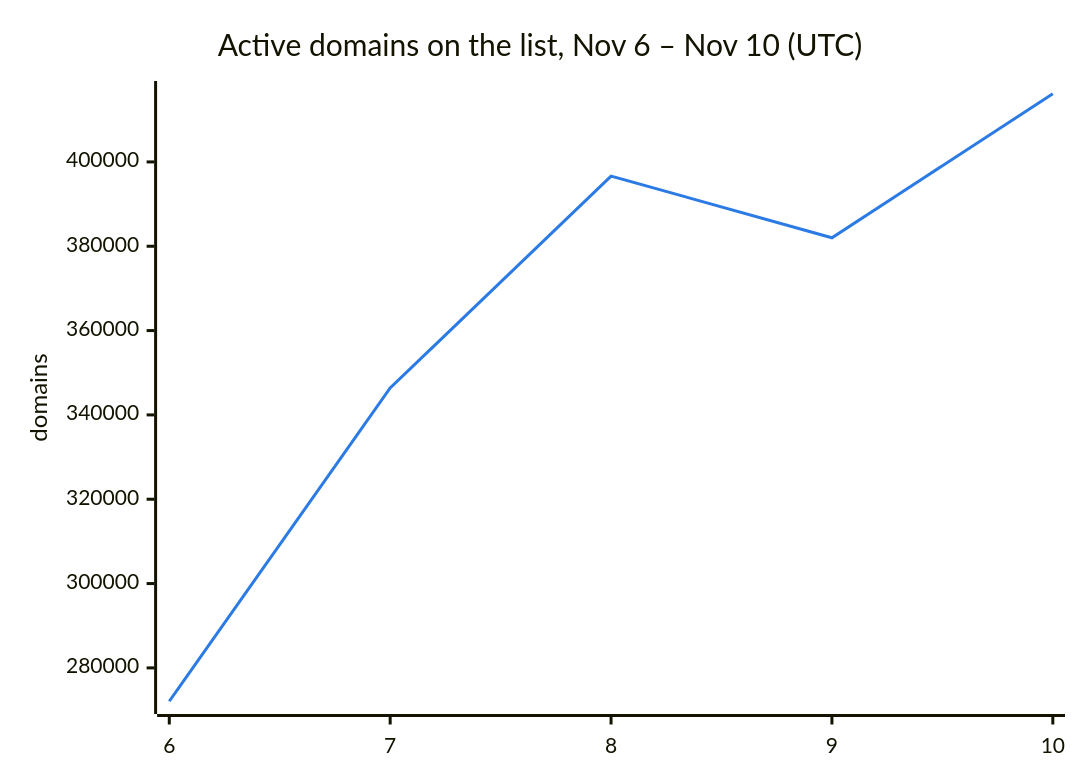
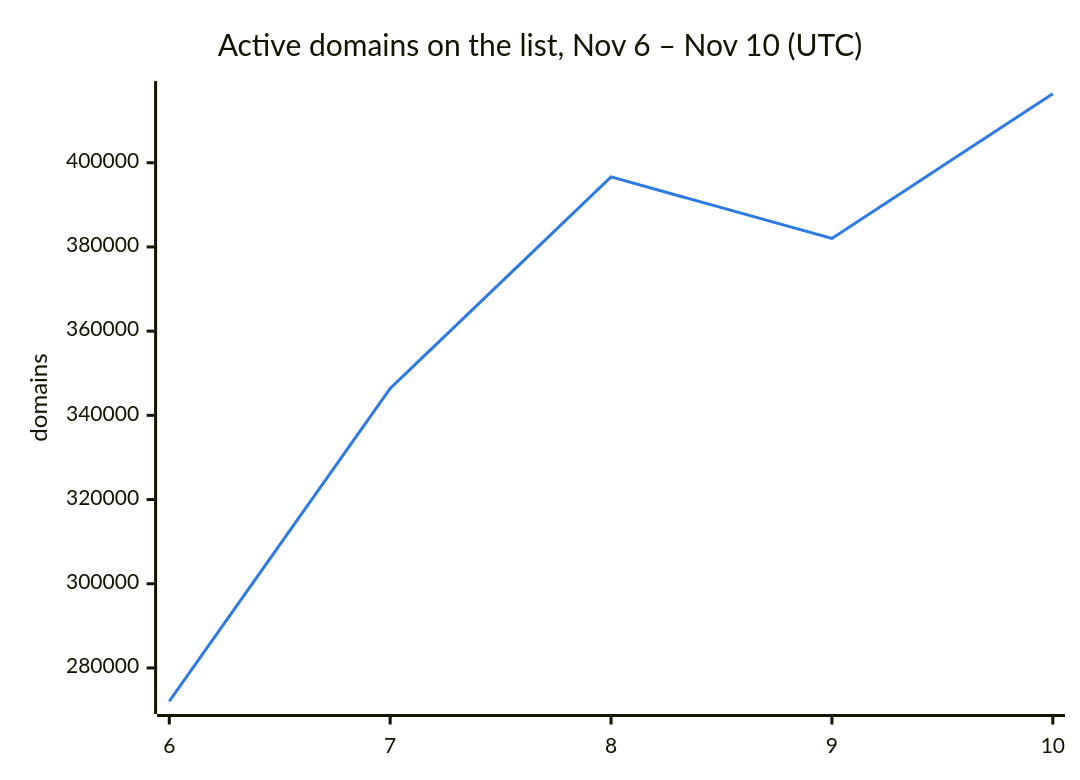
The second of 3 diagrams in README.md (DNSBunker/CTI), drawn with Mermaid before and after one commit. The commit also changed other lines of this file and 3 other files, not shown here.

````diff
--- a/README.md
+++ b/README.md
@@ -38,8 +38,8 @@
 ```mermaid
 %%{init: {"themeVariables": {"xyChart": {"plotColorPalette": "#2c7be5"}}}}%%
 xychart-beta
     title "Active domains on the list, Nov 6 – Nov 10 (UTC)"
     x-axis ["6", "7", "8", "9", "10"]
     y-axis "domains"
-    line [272088, 346388, 396638, 382009, 416169]
+    line [272088, 346388, 396638, 382009, 416390]
 ```
````
